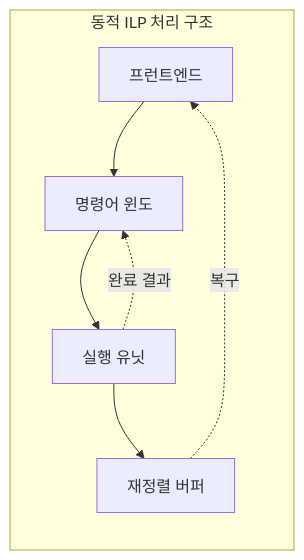
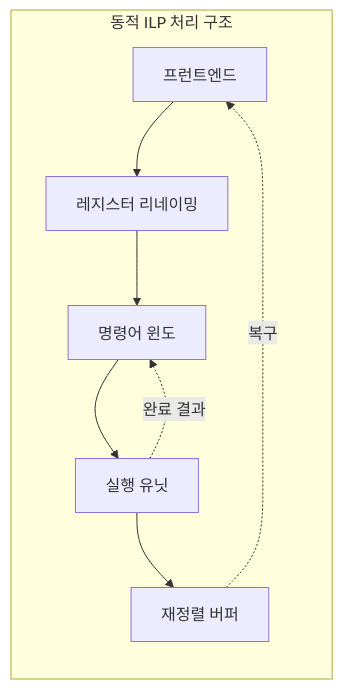
One commit to agnusdei1207/knowledge-base changed the first of 2 diagrams in src/content/docs/notes/02-hardware/009_instruction_level_parallelism.md. Above: the diagram before and after it, drawn with Mermaid. The commit also changed other lines of this file and 18 other files, not shown here.

````diff
--- a/src/content/docs/notes/02-hardware/009_instruction_level_parallelism.md
+++ b/src/content/docs/notes/02-hardware/009_instruction_level_parallelism.md
@@ -68,10 +75,11 @@
 ```mermaid
 flowchart LR
     subgraph ILP_CORE["동적 ILP 처리 구조"]
-        F["프런트엔드"] --> W["명령어 윈도"]
+        F["프런트엔드"] --> N["레지스터 리네이밍"]
+        N --> W["명령어 윈도"]
         W --> E["실행 유닛"]
         E --> R["재정렬 버퍼"]
         E -. "완료 결과" .-> W
         R -. "복구" .-> F
     end
 ```
````
